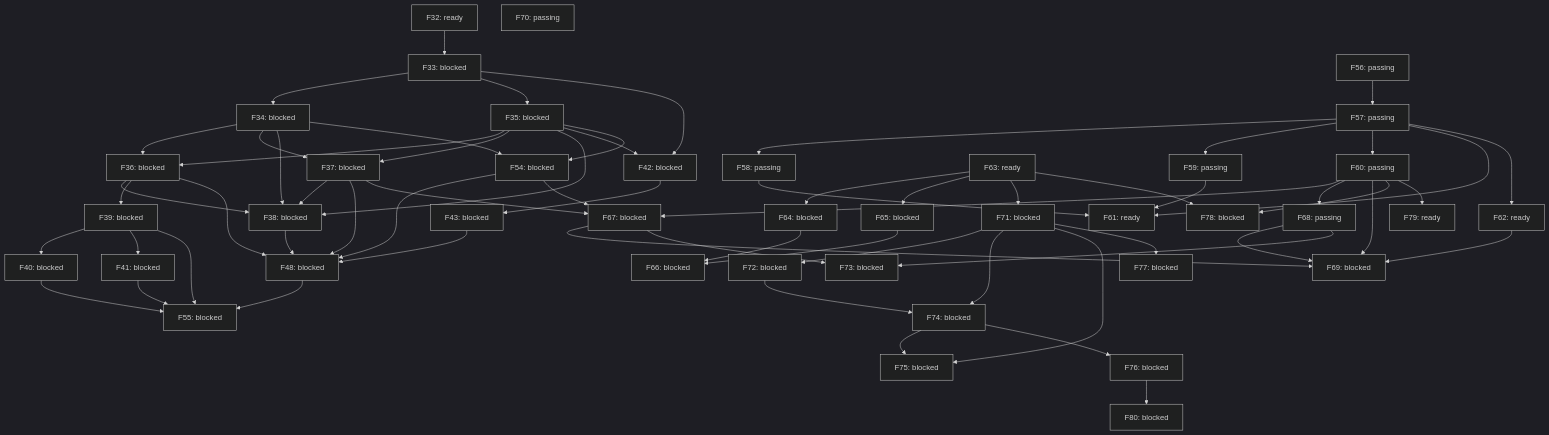
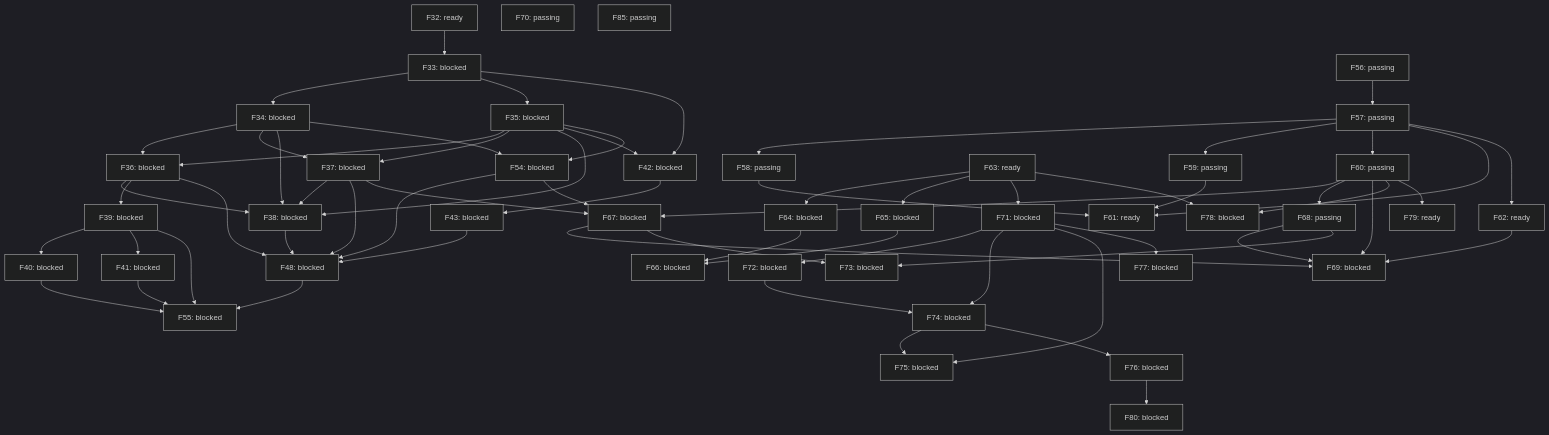
One commit to alex-nax/rengine changed the diagram in docs/roadmap-graph.md. Above: the diagram before and after it, drawn with Mermaid (dark theme). The commit also changed other lines of this file and 10 other files, not shown here.

````diff
--- a/docs/roadmap-graph.md
+++ b/docs/roadmap-graph.md
@@ -108,4 +108,5 @@
   F60 --> F79
   F80["F80: blocked"]
   F76 --> F80
+  F85["F85: passing"]
 ```
````
